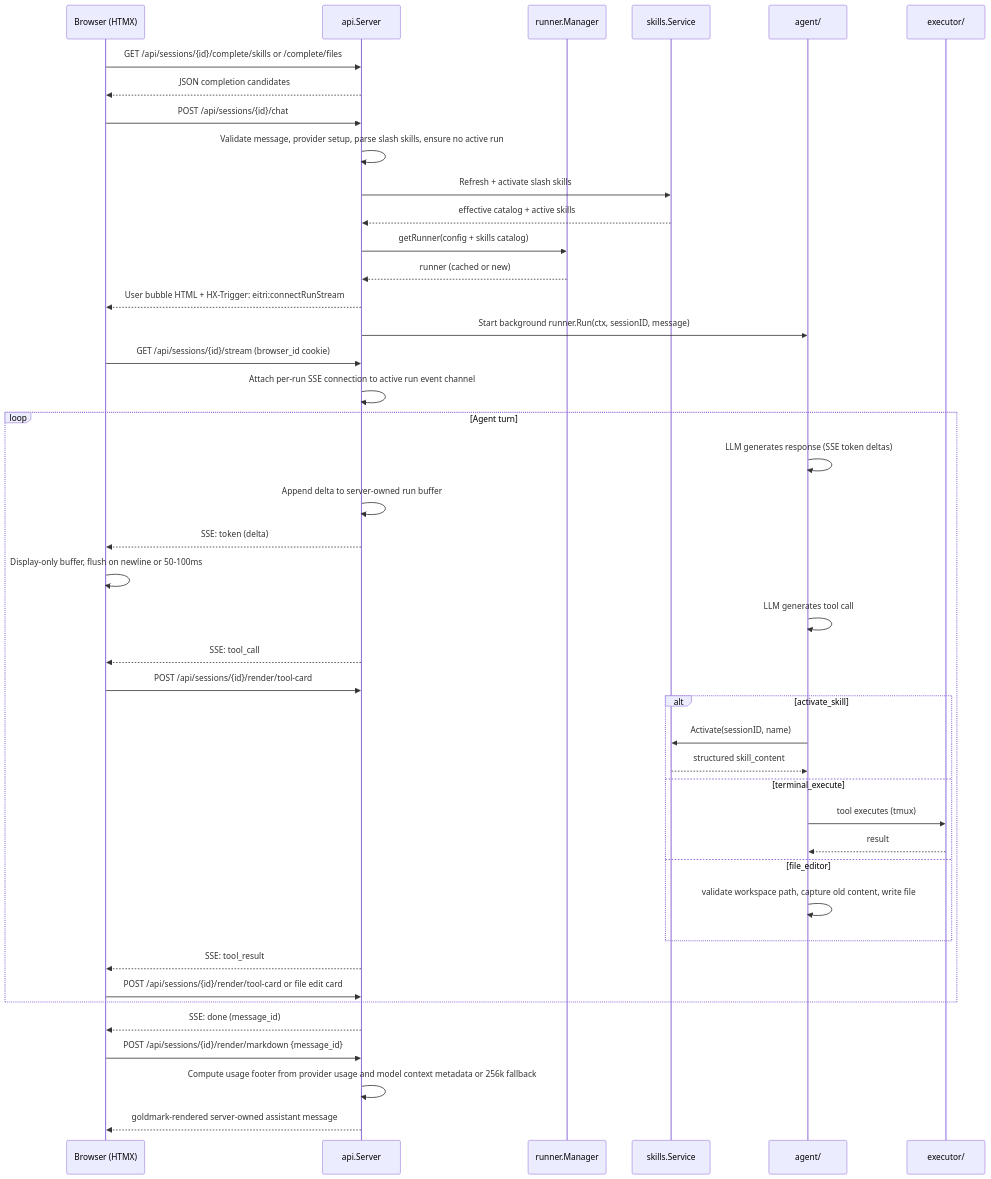
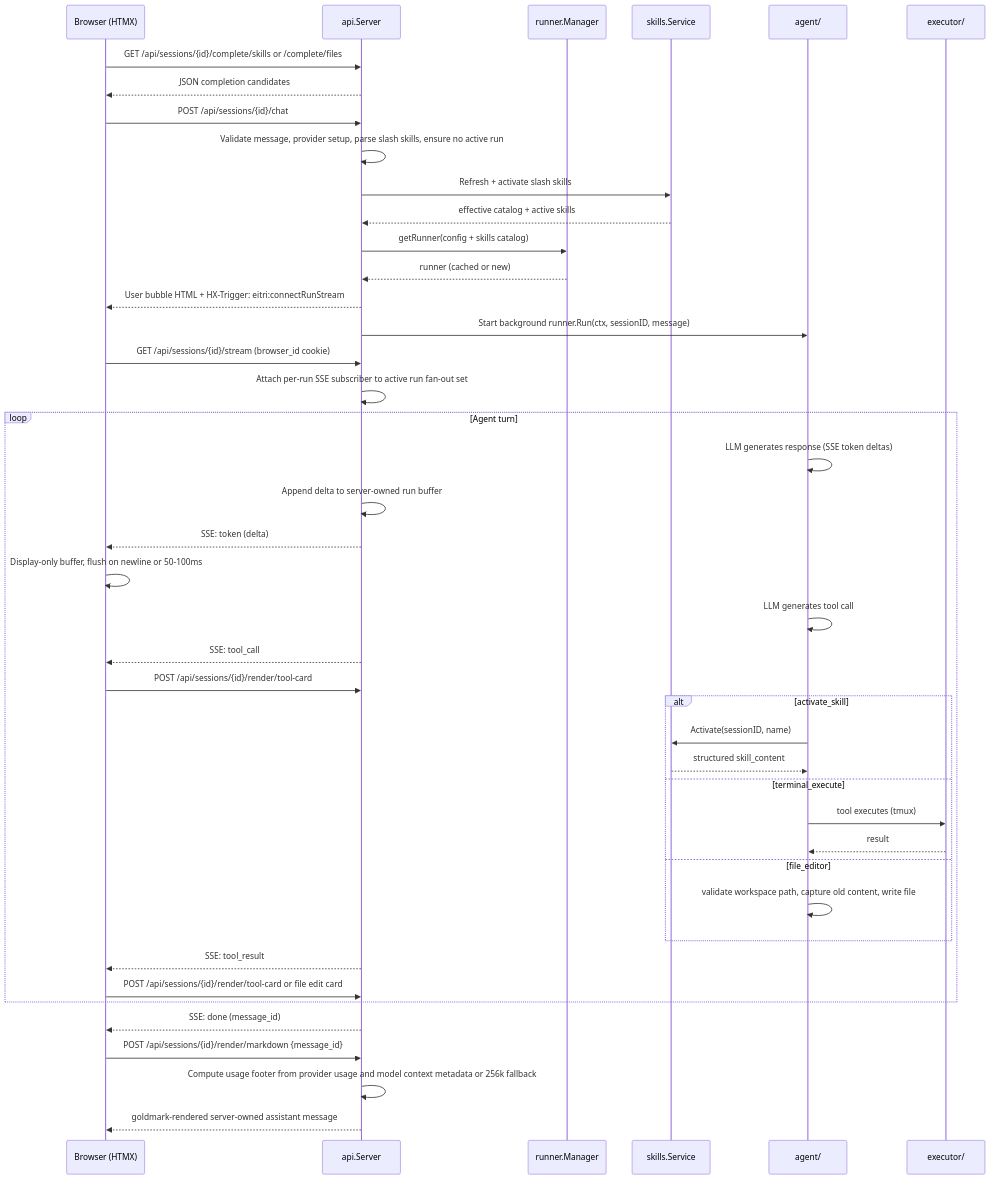
One commit to glemsom/eitri changed the second of 2 diagrams in docs/ARCHITECTURE.md. Above: the diagram before and after it, drawn with Mermaid. The commit also changed other lines of this file and 3 other files, not shown here.

Commit message:
Fix SSE stream fan-out and reconnect safety

````diff
--- a/docs/ARCHITECTURE.md
+++ b/docs/ARCHITECTURE.md
@@ -209,48 +209,48 @@
 ```mermaid
 sequenceDiagram
     participant Browser as Browser (HTMX)
     participant API as api.Server
     participant RunnerMgr as runner.Manager
     participant Skills as skills.Service
     participant Agent as agent/
     participant Executor as executor/
 
     Browser->>API: GET /api/sessions/{id}/complete/skills or /complete/files
     API-->>Browser: JSON completion candidates
     Browser->>API: POST /api/sessions/{id}/chat
     API->>API: Validate message, provider setup, parse slash skills, ensure no active run
     API->>Skills: Refresh + activate slash skills
     Skills-->>API: effective catalog + active skills
     API->>RunnerMgr: getRunner(config + skills catalog)
     RunnerMgr-->>API: runner (cached or new)
     API-->>Browser: User bubble HTML + HX-Trigger: eitri:connectRunStream
     API->>Agent: Start background runner.Run(ctx, sessionID, message)
     Browser->>API: GET /api/sessions/{id}/stream (browser_id cookie)
-    API->>API: Attach per-run SSE connection to active run event channel
+    API->>API: Attach per-run SSE subscriber to active run fan-out set
     
     loop Agent turn
         Agent->>Agent: LLM generates response (SSE token deltas)
         API->>API: Append delta to server-owned run buffer
         API-->>Browser: SSE: token (delta)
         Browser->>Browser: Display-only buffer, flush on newline or 50-100ms
         Agent->>Agent: LLM generates tool call
         API-->>Browser: SSE: tool_call
         Browser->>API: POST /api/sessions/{id}/render/tool-card
         alt activate_skill
             Agent->>Skills: Activate(sessionID, name)
             Skills-->>Agent: structured skill_content
         else terminal_execute
             Agent->>Executor: tool executes (tmux)
             Executor-->>Agent: result
         else file_editor
             Agent->>Agent: validate workspace path, capture old content, write file
         end
         API-->>Browser: SSE: tool_result
         Browser->>API: POST /api/sessions/{id}/render/tool-card or file edit card
     end
 
     API-->>Browser: SSE: done (message_id)
     Browser->>API: POST /api/sessions/{id}/render/markdown {message_id}
     API->>API: Compute usage footer from provider usage and model context metadata or 256k fallback
     API-->>Browser: goldmark-rendered server-owned assistant message
 ```
````
